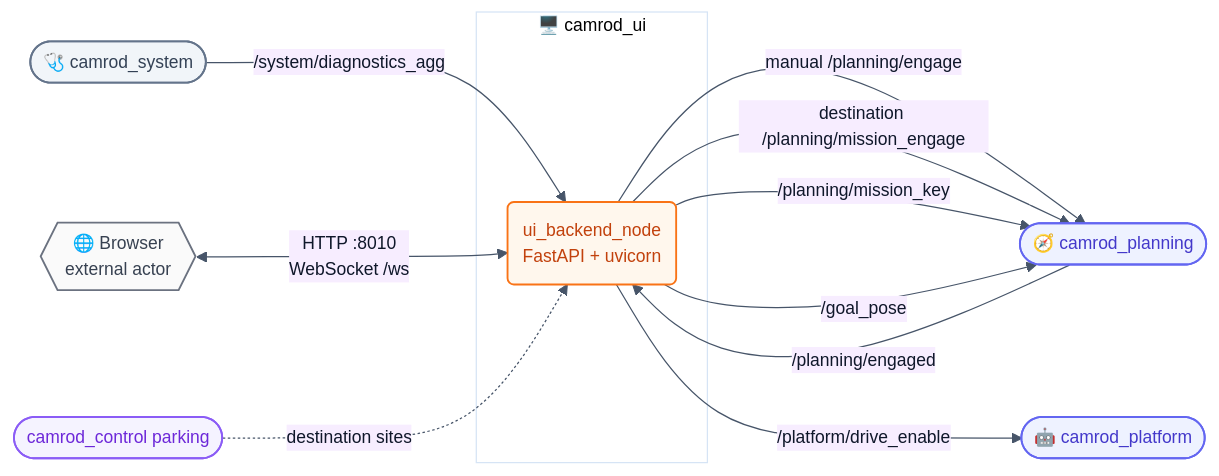
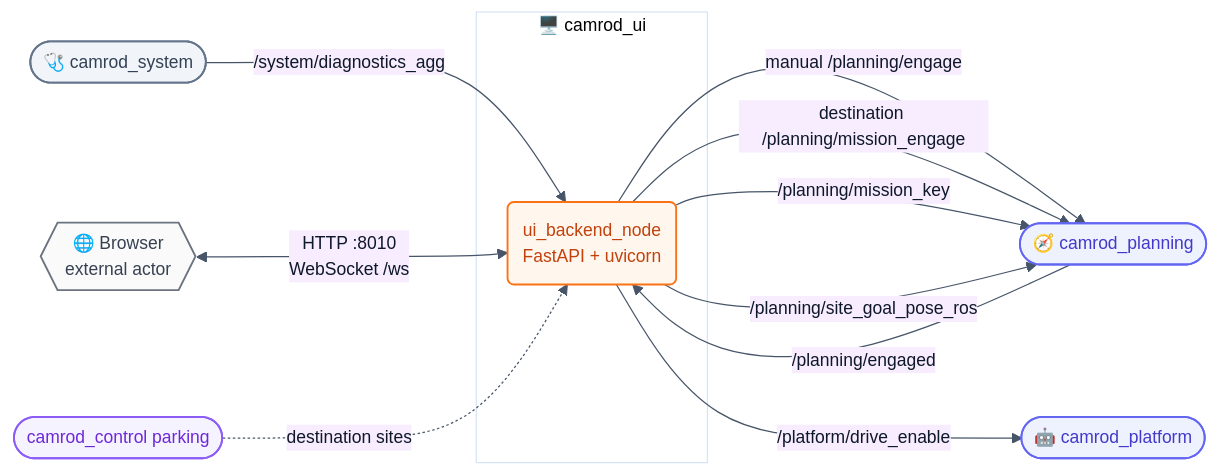
Before and after one commit to hwanhonglee/CAMROD: the first of 5 diagrams in camrod_ui/README.md, drawn with Mermaid. The commit also changed other lines of this file and 66 other files, not shown here.

````diff
--- a/camrod_ui/README.md
+++ b/camrod_ui/README.md
@@ -57,27 +84,27 @@
 ```mermaid
 %%{init: {'theme': 'base', 'themeVariables': {'fontFamily': 'ui-sans-serif, system-ui, sans-serif', 'fontSize': '14px', 'primaryColor': '#FFF7ED', 'primaryTextColor': '#0F172A', 'primaryBorderColor': '#F97316', 'lineColor': '#475569'}, 'flowchart': {'curve': 'basis', 'htmlLabels': true, 'padding': 12}}}%%
 graph LR
   BROWSER{{🌐 Browser\nexternal actor}}:::hardware
 
   SYS([🩺 camrod_system]):::system    -->|/system/diagnostics_agg| UI
   PLAN([🧭 camrod_planning]):::planning -->|/planning/engaged| UI
 
   subgraph UI_BOX["🖥️ camrod_ui"]
     UI(ui_backend_node\nFastAPI + uvicorn):::ui
   end
 
   BROWSER <-->|HTTP :8010\nWebSocket /ws| UI
 
   UI -->|manual /planning/engage| PLAN
   UI -->|destination /planning/mission_engage| PLAN
   UI -->|/platform/drive_enable| PLAT([🤖 camrod_platform]):::planning
   UI -->|/planning/mission_key| PLAN
-  UI -->|/goal_pose| PLAN
+  UI -->|/planning/site_goal_pose_ros| PLAN
   PARK([camrod_control parking]):::parking -.->|destination sites| UI
 
   classDef ui           fill:#FFF7ED,stroke:#F97316,stroke-width:1.5px,color:#C2410C;
   classDef system       fill:#F1F5F9,stroke:#64748B,stroke-width:1.5px,color:#334155;
   classDef planning     fill:#EEF2FF,stroke:#6366F1,stroke-width:1.5px,color:#4338CA;
   classDef parking      fill:#F5F3FF,stroke:#8B5CF6,stroke-width:1.5px,color:#6D28D9;
   classDef hardware     fill:#FAFAFA,stroke:#6B7280,stroke-width:1.5px,color:#374151;
 ```
````
